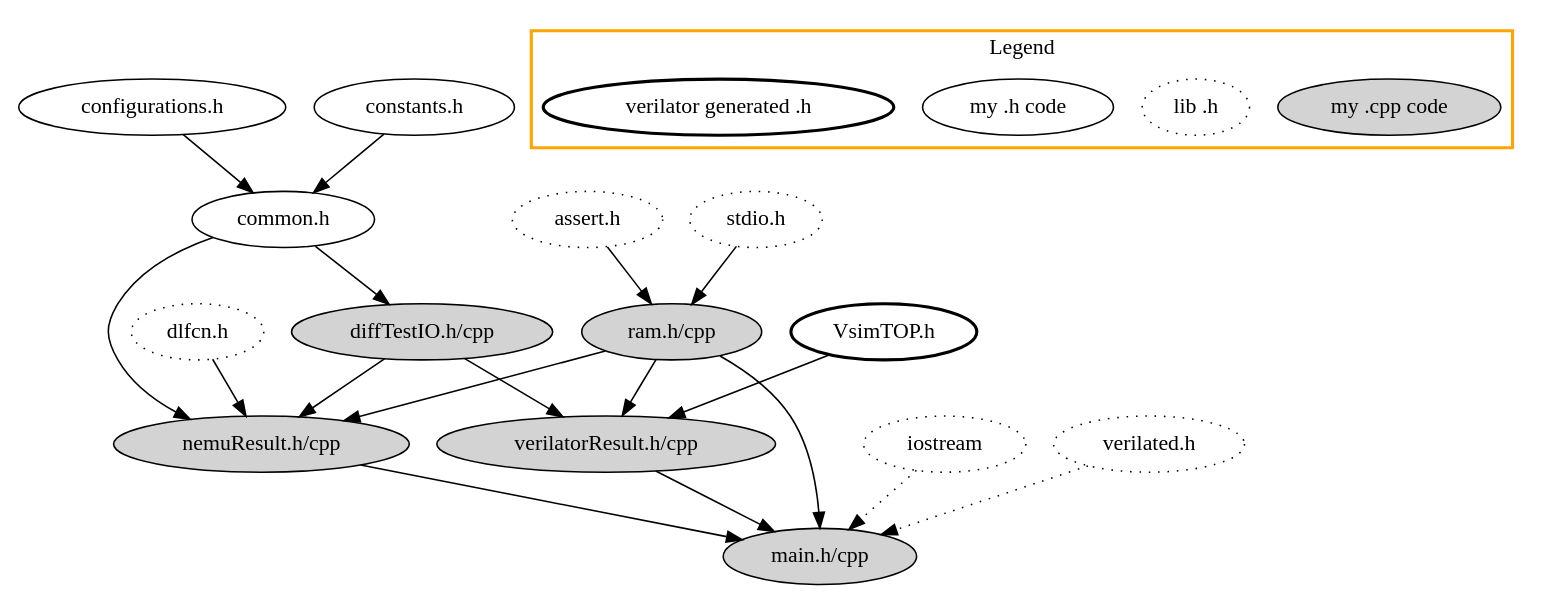
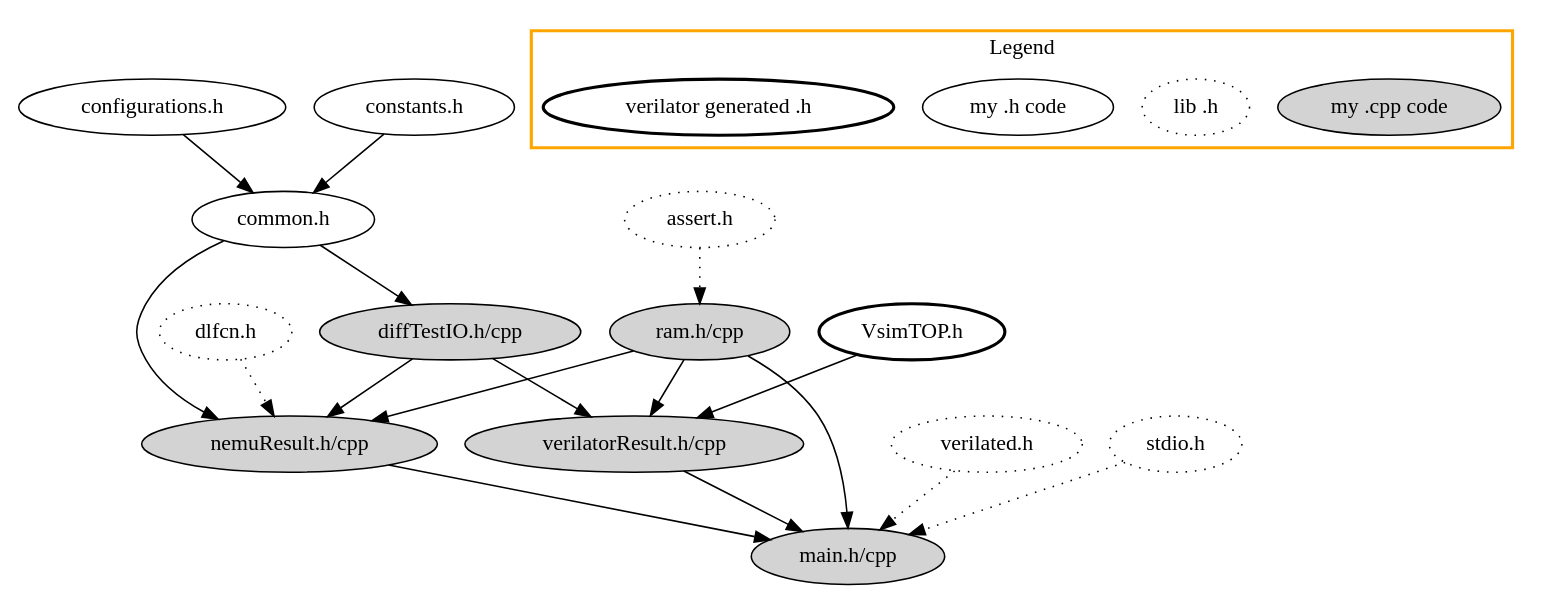
One commit to yuhengy/coredesign changed the diagram in documents/dependChain-verilator.gv. Above: the diagram before and after it, drawn with Graphviz. The commit also changed 13 other files, not shown here.

Commit message:
ADDI: add ADDI, pipeline connection graph

```diff
--- a/documents/dependChain-verilator.gv
+++ b/documents/dependChain-verilator.gv
@@ -1,50 +1,48 @@
 digraph G {
   "configurations.h" -> "common.h";
   "constants.h" -> "common.h";
   "common.h" -> "diffTestIO.h/cpp", "nemuResult.h/cpp";
   "diffTestIO.h/cpp" -> "verilatorResult.h/cpp", "nemuResult.h/cpp";
   "verilatorResult.h/cpp" -> "main.h/cpp";
 
   "VsimTOP.h" [style=bold];
   "VsimTOP.h" -> "verilatorResult.h/cpp";
 
   "nemuResult.h/cpp" [style=filled];
   "verilatorResult.h/cpp" [style=filled];
   "main.h/cpp" [style=filled];
   "ram.h/cpp" [style=filled];
   "diffTestIO.h/cpp" [style=filled];
 
 
-  "iostream" [style=dotted];
   "verilated.h" [style=dotted];
   "dlfcn.h" [style=dotted];
   "stdio.h" [style=dotted];
   "assert.h" [style=dotted];
-  "iostream" -> "main.h/cpp" [style=dotted];
   "verilated.h" -> "main.h/cpp" [style=dotted];
-  "dlfcn.h" -> "nemuResult.h/cpp";
-  "stdio.h" -> "ram.h/cpp";
-  "assert.h" -> "ram.h/cpp";
+  "dlfcn.h" -> "nemuResult.h/cpp" [style=dotted];
+  "stdio.h" -> "main.h/cpp" [style=dotted];
+  "assert.h" -> "ram.h/cpp" [style=dotted];
 
   "ram.h/cpp" -> "main.h/cpp", "nemuResult.h/cpp", "verilatorResult.h/cpp";
   "nemuResult.h/cpp" -> "main.h/cpp";
 
 
 
   // Legend
   subgraph cluster1 {
     "my .cpp code" [style=filled];
     "lib .h" [style=dotted];
     "my .h code";
     "verilator generated .h" [style=bold];
 
     label = "Legend";
     style=bold;
     color = "orange";
   }
 }
 
 // TODO: 1. Add verilator generated .cpp files as a node.
 //          The intrinsic problem is we cannot draw a node with `style=filled+bold`
 //       2. Add a node represent runnable, which is arrowed by all .cpp.
 //          This can only be done after solve TODO1.
```
